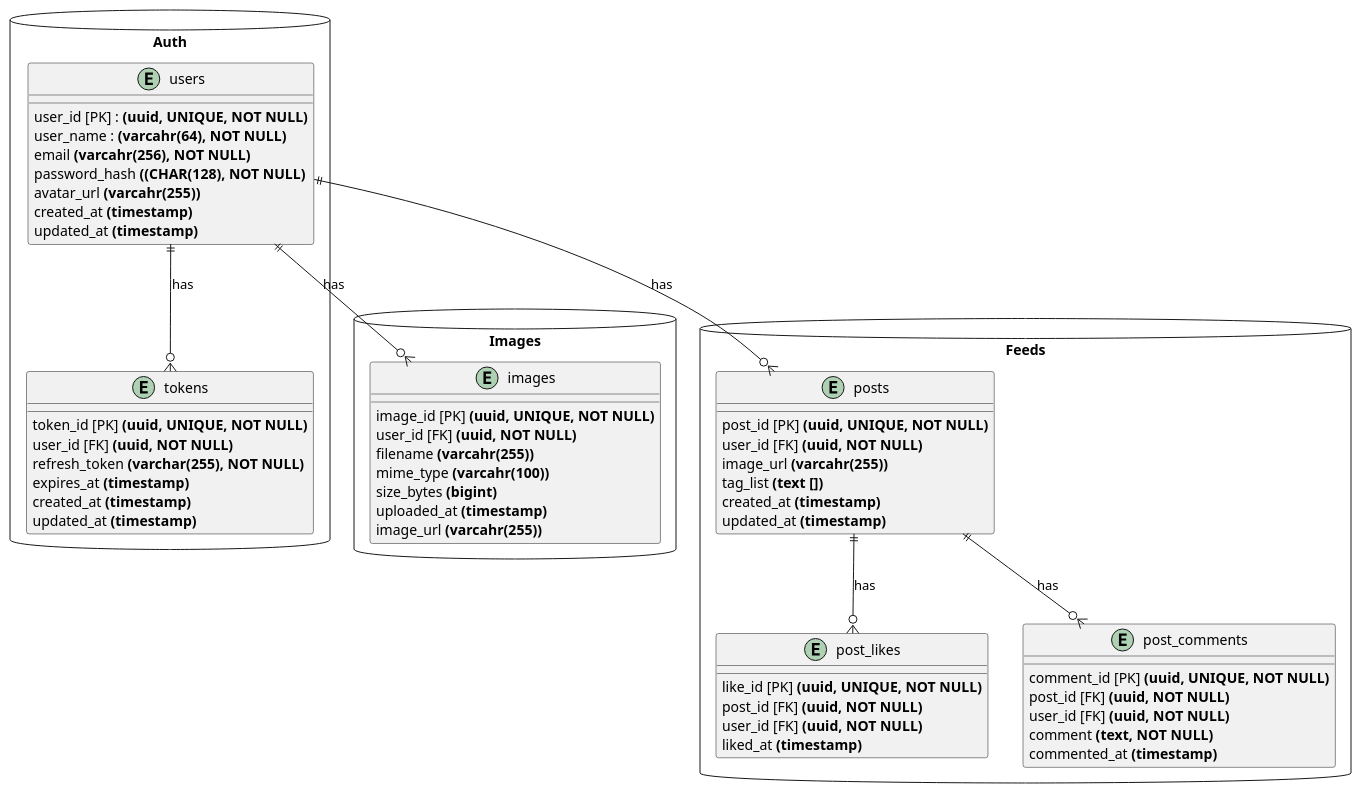
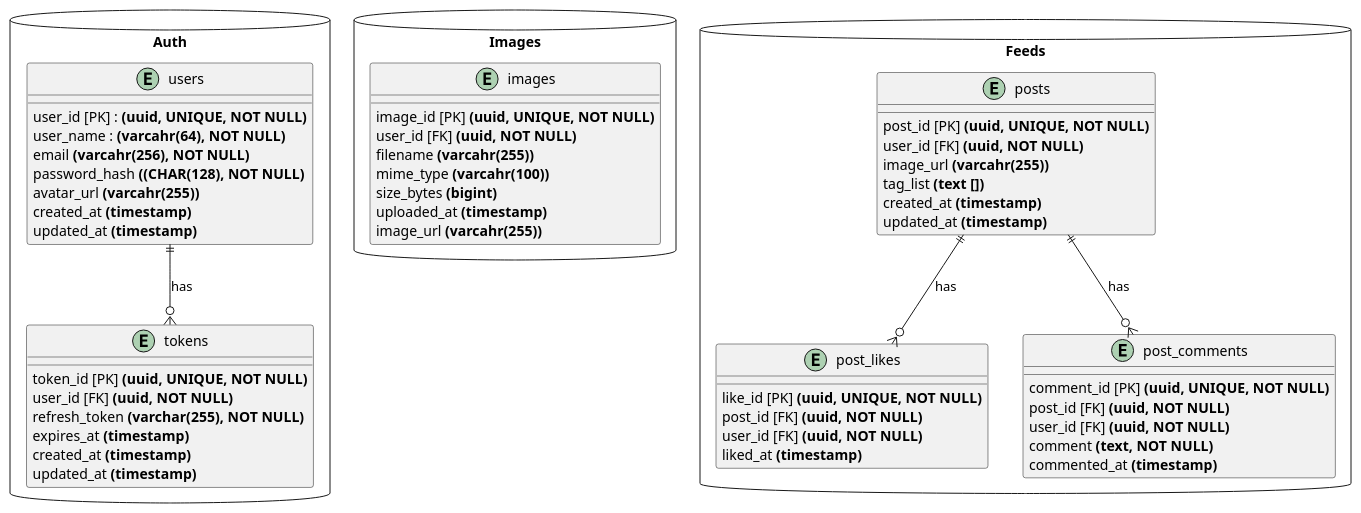
One commit to nikitcat/requirements.github.io changed the diagram in src/docs/asciidoc/uml/db/db.puml. Above: the diagram before and after it, drawn with PlantUML. The commit also changed 8 other files, not shown here.

```diff
--- a/src/docs/asciidoc/uml/db/db.puml
+++ b/src/docs/asciidoc/uml/db/db.puml
@@ -1,69 +1,66 @@
 @startuml
-
 database "Auth" {
   entity "users" {
     user_id [PK] : **(uuid, UNIQUE, NOT NULL)**
     user_name : **(varcahr(64), NOT NULL)**
     email **(varcahr(256), NOT NULL)**
     password_hash **((CHAR(128), NOT NULL)**
     avatar_url **(varcahr(255))**
     created_at **(timestamp)**
     updated_at **(timestamp)**
   }
 
   entity "tokens" {
     token_id [PK] **(uuid, UNIQUE, NOT NULL)**
     user_id [FK] **(uuid, NOT NULL)**
     refresh_token **(varchar(255), NOT NULL)**
     expires_at **(timestamp)**
     created_at **(timestamp)**
     updated_at **(timestamp)**
   }
 
   users ||--o{ tokens : has
 }
 
 database "Images" {
   entity "images" {
     image_id [PK] **(uuid, UNIQUE, NOT NULL)**
     user_id [FK] **(uuid, NOT NULL)**
     filename **(varcahr(255))**
     mime_type **(varcahr(100))**
     size_bytes **(bigint)**
     uploaded_at **(timestamp)**
     image_url **(varcahr(255))**
   }
 
-  users ||--o{ images : has
 }
 
 database "Feeds" {
   entity "posts" {
     post_id [PK] **(uuid, UNIQUE, NOT NULL)**
     user_id [FK] **(uuid, NOT NULL)**
     image_url **(varcahr(255))**
     tag_list **(text [])**
     created_at **(timestamp)**
     updated_at **(timestamp)**
   }
 
   entity "post_likes" {
     like_id [PK] **(uuid, UNIQUE, NOT NULL)**
     post_id [FK] **(uuid, NOT NULL)**
     user_id [FK] **(uuid, NOT NULL)**
     liked_at **(timestamp)**
   }
 
   entity "post_comments" {
     comment_id [PK] **(uuid, UNIQUE, NOT NULL)**
     post_id [FK] **(uuid, NOT NULL)**
     user_id [FK] **(uuid, NOT NULL)**
     comment **(text, NOT NULL)**
     commented_at **(timestamp)**
   }
 
   posts ||--o{ post_likes : has
   posts ||--o{ post_comments : has
-  users ||--o{ posts : has
 }
 @enduml
```
